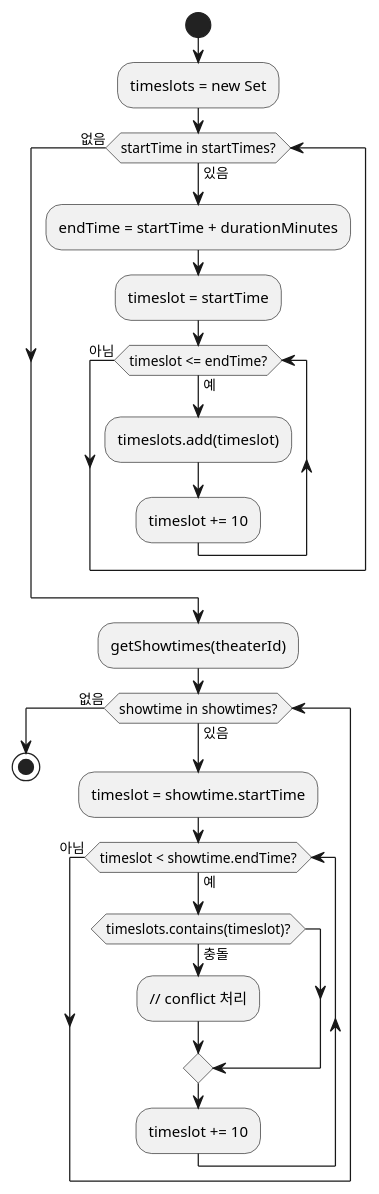
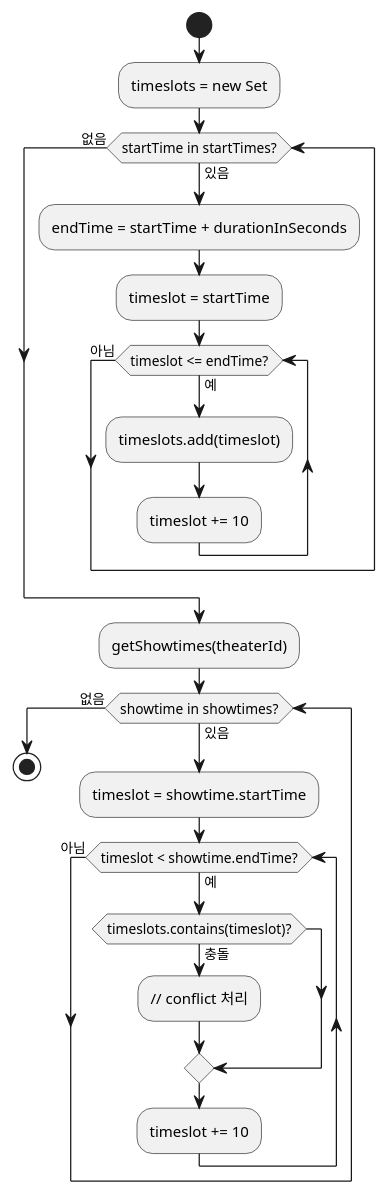
The fourth of 16 diagrams in _posts/2025-06-01-backend-design-3.md (mannercode/mannercode.github.io), drawn with PlantUML before and after one commit. The commit also changed other lines of this file and 122 other files, not shown here.

First line of the commit message:
Add UML diagrams for Showtime Creation workflow

```diff
--- a/_posts/2025-06-01-backend-design-3.md
+++ b/_posts/2025-06-01-backend-design-3.md
@@ -275,33 +275,33 @@
 {% plantuml %}
 @startuml
 ' 액티비티 다이어그램
 start
 :timeslots = new Set;
 
 ' 1차 루프 – 시작 시간별로 timeslot 채우기
 while (startTime in startTimes?) is (있음)
-  :endTime = startTime + durationMinutes;
+  :endTime = startTime + durationInSeconds;
   :timeslot = startTime;
   while (timeslot <= endTime?) is (예)
     :timeslots.add(timeslot);
     :timeslot += 10;
   endwhile (아님)
 endwhile (없음)
 
 ' 상영 시간 조회
 :getShowtimes(theaterId);
 
 ' 2차 루프 – 기존 상영 시간과 충돌 여부 검사
 while (showtime in showtimes?) is (있음)
   :timeslot = showtime.startTime;
   while (timeslot < showtime.endTime?) is (예)
     if (timeslots.contains(timeslot)?) then (충돌)
       :// conflict 처리;
     endif
     :timeslot += 10;
   endwhile (아님)
 endwhile (없음)
 
 stop
 @enduml
 {% endplantuml %}
```
